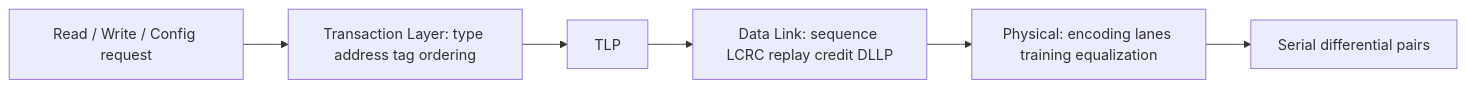
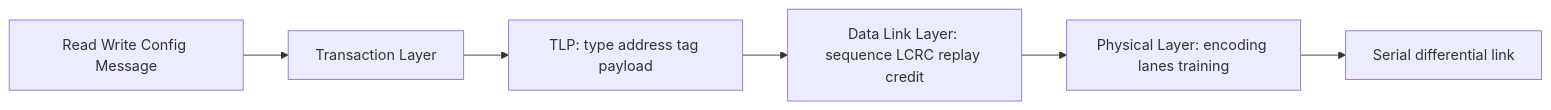
The third of 5 diagrams in docs/articles/pcie/pci-01-topology-link-tlp.md (cdragon-ljl/EEandEdgeAI), drawn with Mermaid before and after one commit. The commit also changed other lines of this file and 24 other files, not shown here.

````diff
--- a/docs/articles/pcie/pci-01-topology-link-tlp.md
+++ b/docs/articles/pcie/pci-01-topology-link-tlp.md
@@ -93,8 +123,8 @@
 ```mermaid
 flowchart LR
-    REQ[Read / Write / Config request] --> TL[Transaction Layer: type address tag ordering]
-    TL --> TLP[TLP]
-    TLP --> DL[Data Link: sequence LCRC replay credit DLLP]
-    DL --> PHY[Physical: encoding lanes training equalization]
-    PHY --> WIRE[Serial differential pairs]
+    REQ[Read Write Config Message] --> TL[Transaction Layer]
+    TL --> TLP[TLP: type address tag payload]
+    TLP --> DL[Data Link Layer: sequence LCRC replay credit]
+    DL --> PHY[Physical Layer: encoding lanes training]
+    PHY --> WIRE[Serial differential link]
 ```
````
